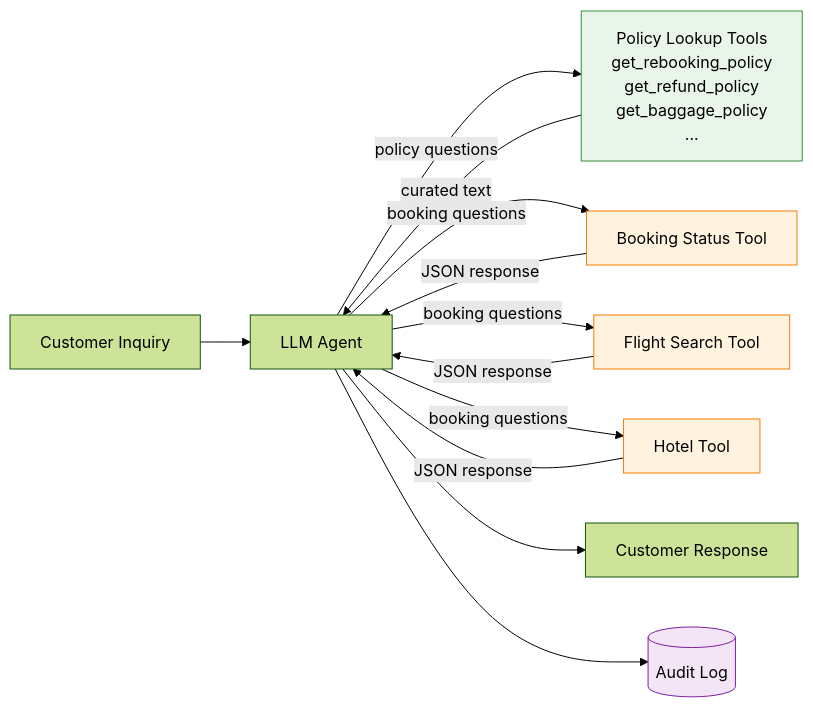
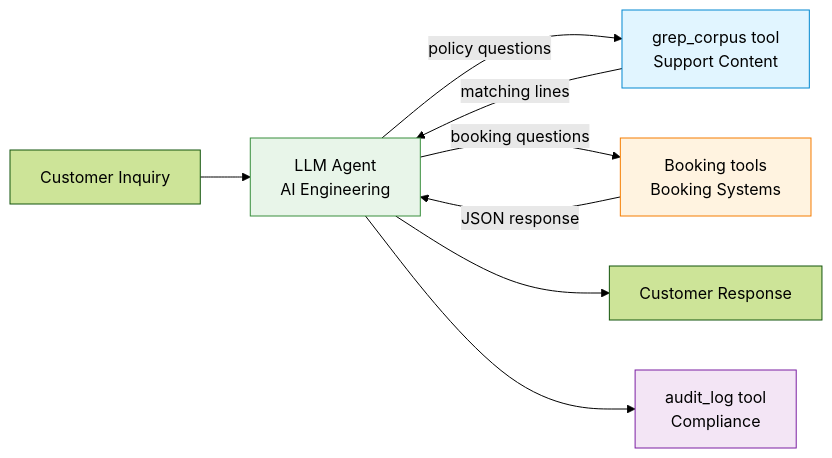
The second of 3 diagrams in HANDOVER.md (halolee/support-agent-token-benchmark), drawn with Mermaid (forest theme) before and after one commit. The commit also changed other lines of this file and 12 other files, not shown here.

````diff
--- a/HANDOVER.md
+++ b/HANDOVER.md
@@ -88,22 +91,19 @@
 ```mermaid
 flowchart LR
-    User[Customer Inquiry] --> Agent[LLM Agent]
-    Agent -->|policy questions| PolicyTools[Policy Lookup Tools<br/>get_rebooking_policy<br/>get_refund_policy<br/>get_baggage_policy<br/>...]
-    Agent -->|booking questions| BookingTool[Booking Status Tool]
-    Agent -->|booking questions| FlightTool[Flight Search Tool]
-    Agent -->|booking questions| HotelTool[Hotel Tool]
-    PolicyTools -->|curated text| Agent
-    BookingTool -->|JSON response| Agent
-    FlightTool -->|JSON response| Agent
-    HotelTool -->|JSON response| Agent
+    User[Customer Inquiry] --> Agent[LLM Agent<br/>AI Engineering]
+    Agent -->|policy questions| GrepTool[grep_corpus tool<br/>Support Content]
+    Agent -->|booking questions| BookingTools[Booking tools<br/>Booking Systems]
+    GrepTool -->|matching lines| Agent
+    BookingTools -->|JSON response| Agent
     Agent --> Response[Customer Response]
-    Agent --> AuditLog[(Audit Log)]
+    Agent --> AuditTool[audit_log tool<br/>Compliance]
 
     classDef supportTeam fill:#e1f5ff,stroke:#0288d1
     classDef bookingTeam fill:#fff3e0,stroke:#f57c00
     classDef complianceTeam fill:#f3e5f5,stroke:#7b1fa2
     classDef aiTeam fill:#e8f5e9,stroke:#388e3c
-    class PolicyTools aiTeam
-    class BookingTool,FlightTool,HotelTool bookingTeam
-    class AuditLog complianceTeam
+    class GrepTool supportTeam
+    class BookingTools bookingTeam
+    class AuditTool complianceTeam
+    class Agent aiTeam
 ```
````
